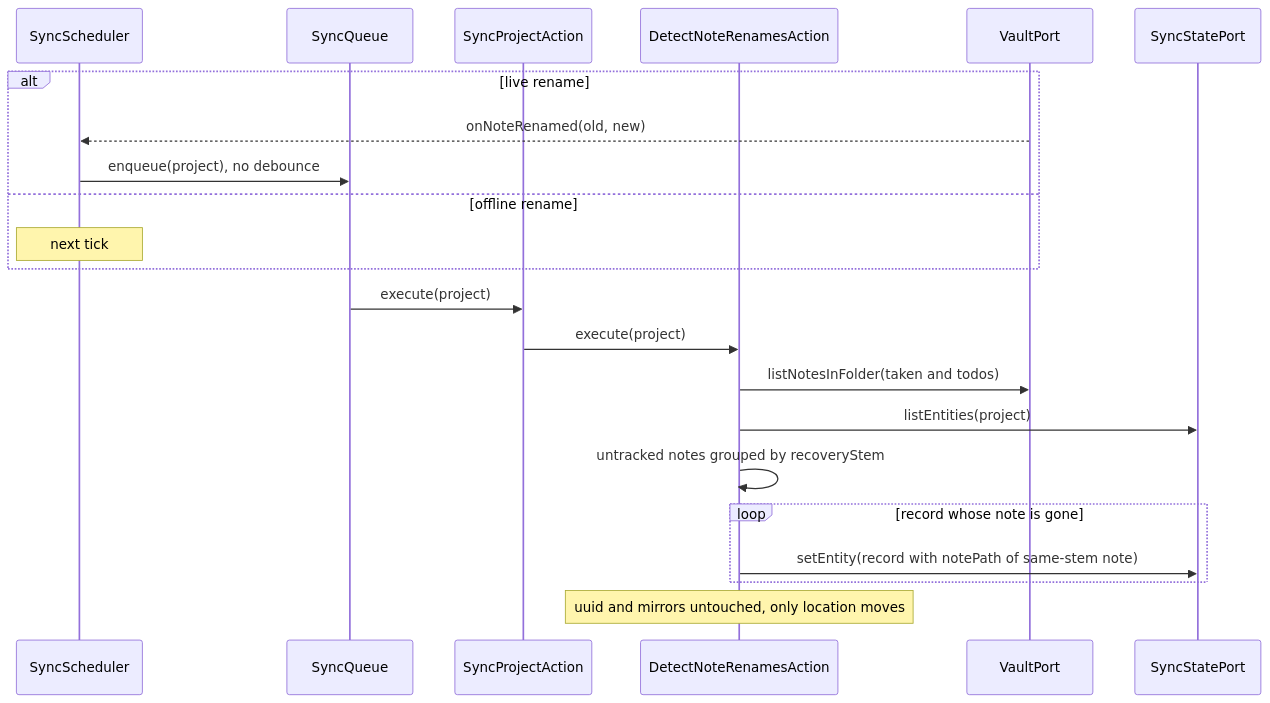
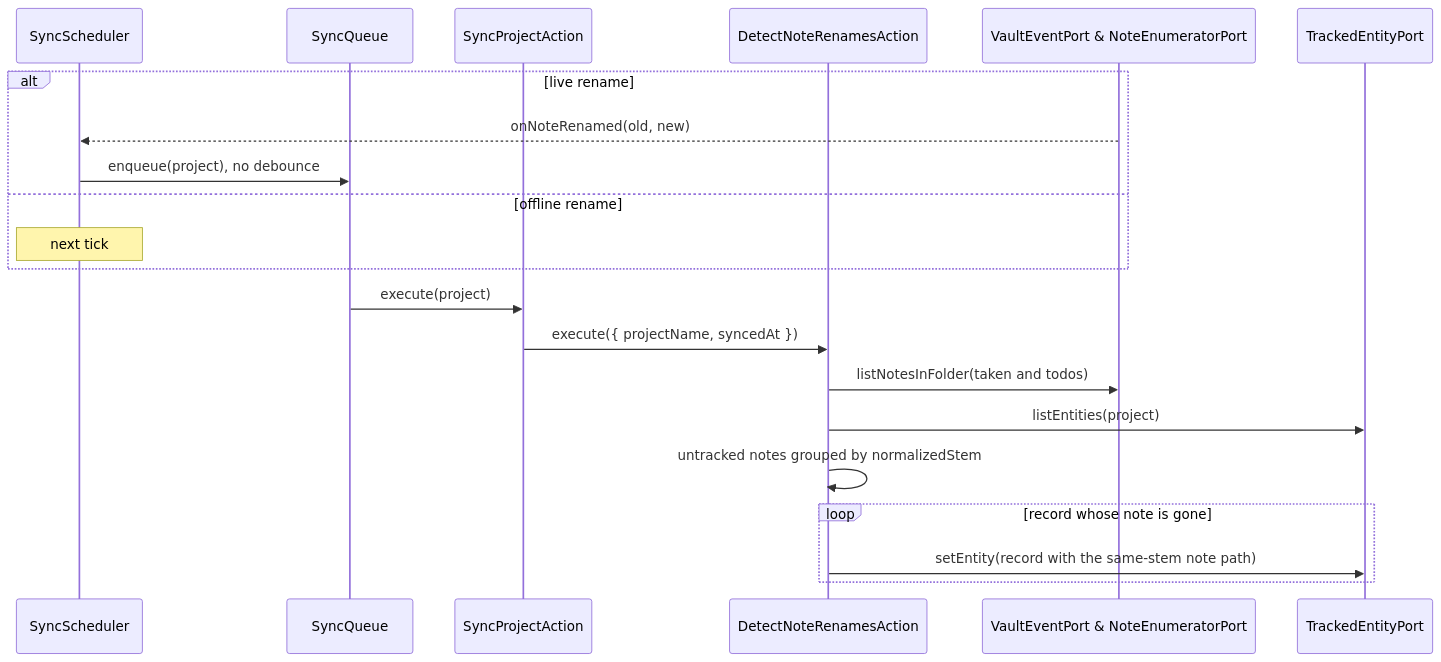
One commit to 99linesofcode/obsidian-project-management changed diagram 17 of 18 in docs/developer-manual.md. Above: the diagram before and after it, drawn with Mermaid. The commit also changed other lines of this file and 246 other files, not shown here.

````diff
--- a/docs/developer-manual.md
+++ b/docs/developer-manual.md
@@ -815,25 +793,24 @@
 ```mermaid
 sequenceDiagram
   participant Sched as SyncScheduler
   participant Q as SyncQueue
   participant SP as SyncProjectAction
   participant Ren as DetectNoteRenamesAction
-  participant V as VaultPort
-  participant SS as SyncStatePort
+  participant V as VaultEventPort & NoteEnumeratorPort
+  participant SS as TrackedEntityPort
 
   alt live rename
     V-->>Sched: onNoteRenamed(old, new)
     Sched->>Q: enqueue(project), no debounce
   else offline rename
     Note over Sched: next tick
   end
   Q->>SP: execute(project)
-  SP->>Ren: execute(project)
+  SP->>Ren: execute({ projectName, syncedAt })
   Ren->>V: listNotesInFolder(taken and todos)
   Ren->>SS: listEntities(project)
-  Ren->>Ren: untracked notes grouped by recoveryStem
+  Ren->>Ren: untracked notes grouped by normalizedStem
   loop record whose note is gone
-    Ren->>SS: setEntity(record with notePath of same-stem note)
+    Ren->>SS: setEntity(record with the same-stem note path)
   end
-  Note over Ren: uuid and mirrors untouched, only location moves
 ```
````
